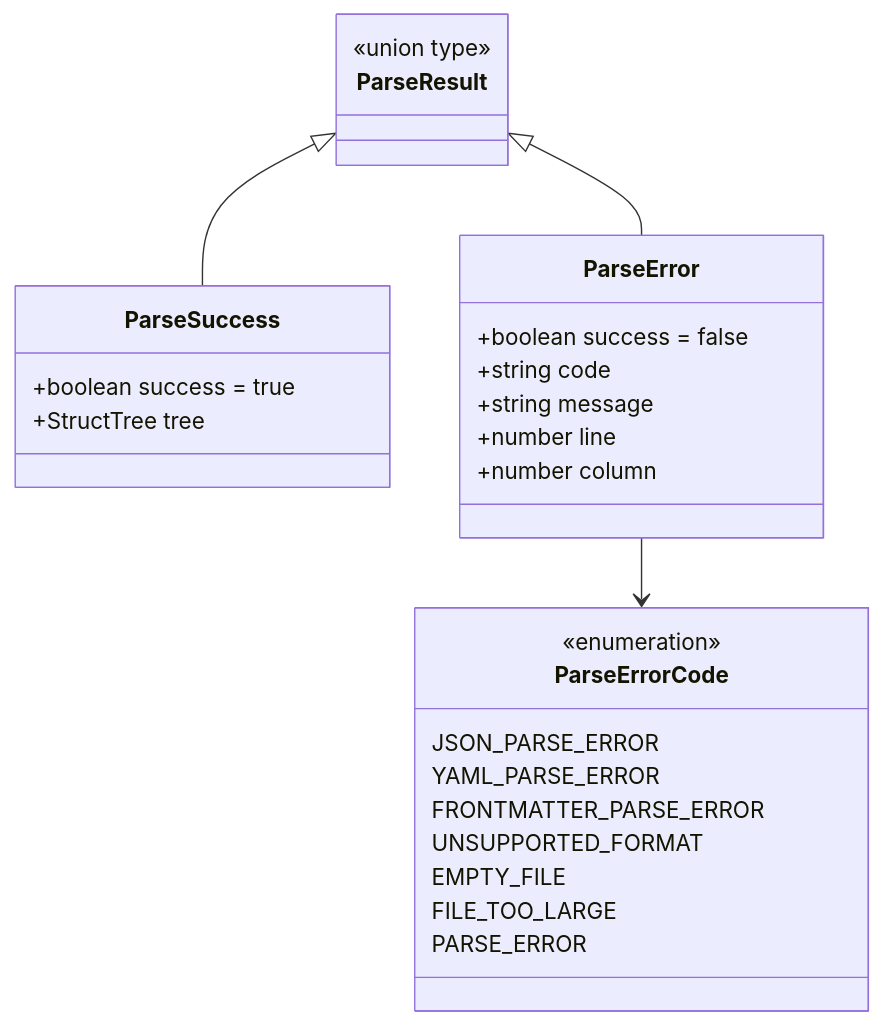
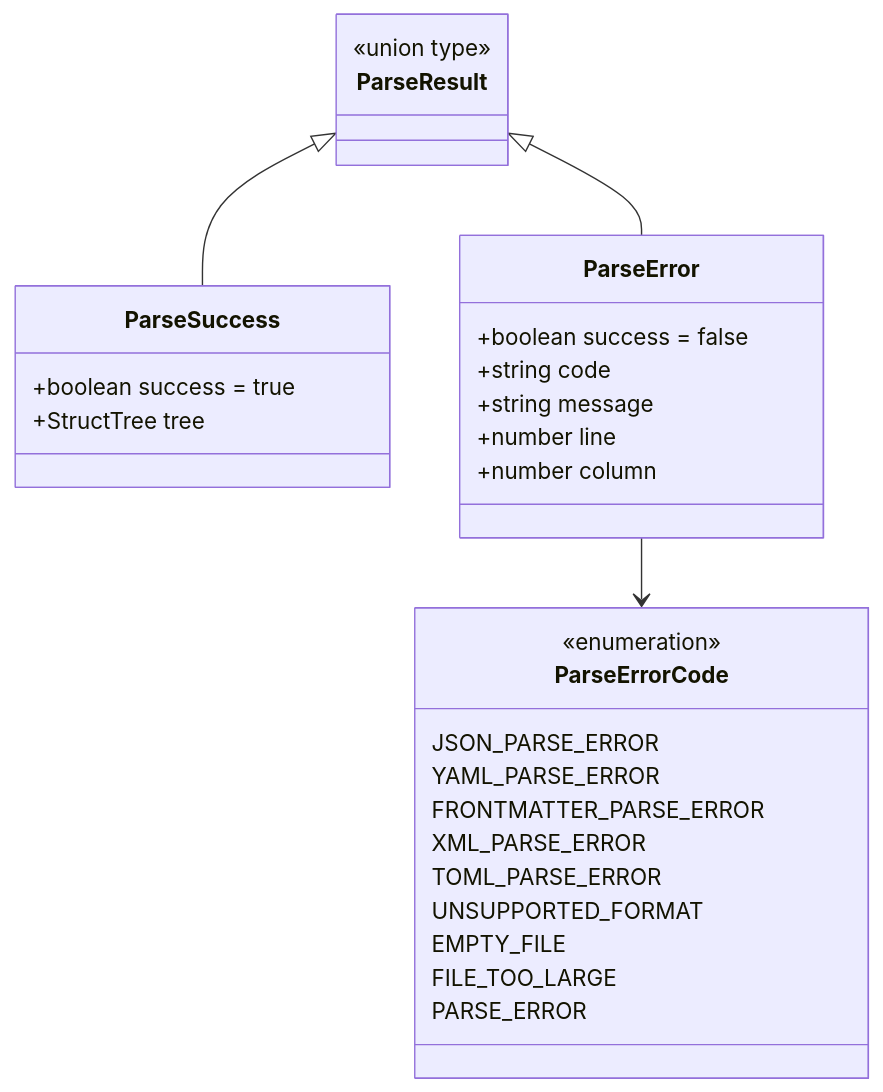
Before and after one commit to masanori-satake/StructMap-Solo: the second of 3 diagrams in docs/DATA_MODEL_AND_PARSERS.md, drawn with Mermaid. The commit also changed other lines of this file and 7 other files, not shown here.

````diff
--- a/docs/DATA_MODEL_AND_PARSERS.md
+++ b/docs/DATA_MODEL_AND_PARSERS.md
@@ -92,34 +97,36 @@
 ```mermaid
 classDiagram
     class ParseResult {
         <<union type>>
     }
 
     class ParseSuccess {
         +boolean success = true
         +StructTree tree
     }
 
     class ParseError {
         +boolean success = false
         +string code
         +string message
         +number line
         +number column
     }
 
     class ParseErrorCode {
         <<enumeration>>
         JSON_PARSE_ERROR
         YAML_PARSE_ERROR
         FRONTMATTER_PARSE_ERROR
+        XML_PARSE_ERROR
+        TOML_PARSE_ERROR
         UNSUPPORTED_FORMAT
         EMPTY_FILE
         FILE_TOO_LARGE
         PARSE_ERROR
     }
 
     ParseResult <|-- ParseSuccess
     ParseResult <|-- ParseError
     ParseError --> ParseErrorCode
 ```
````
